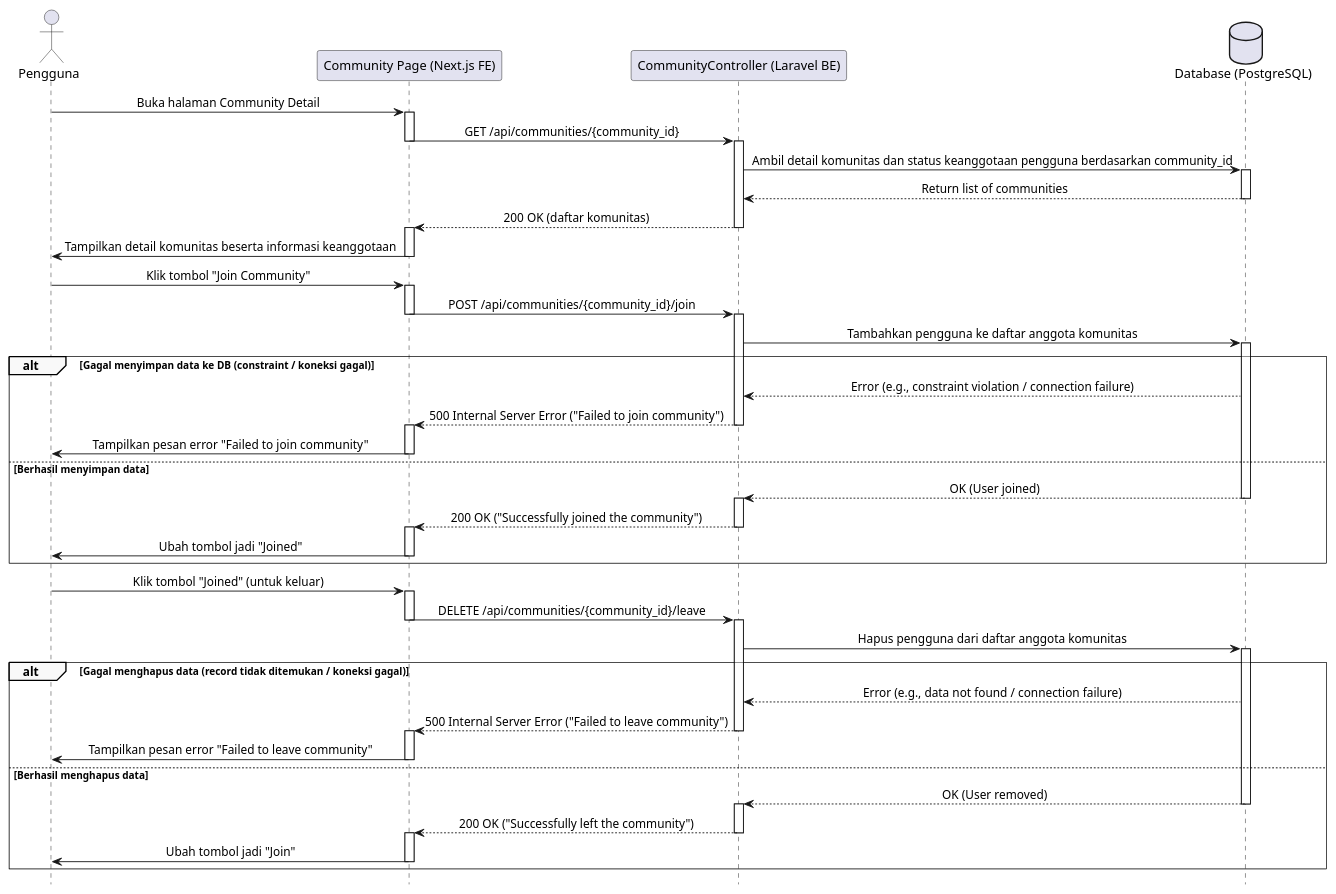
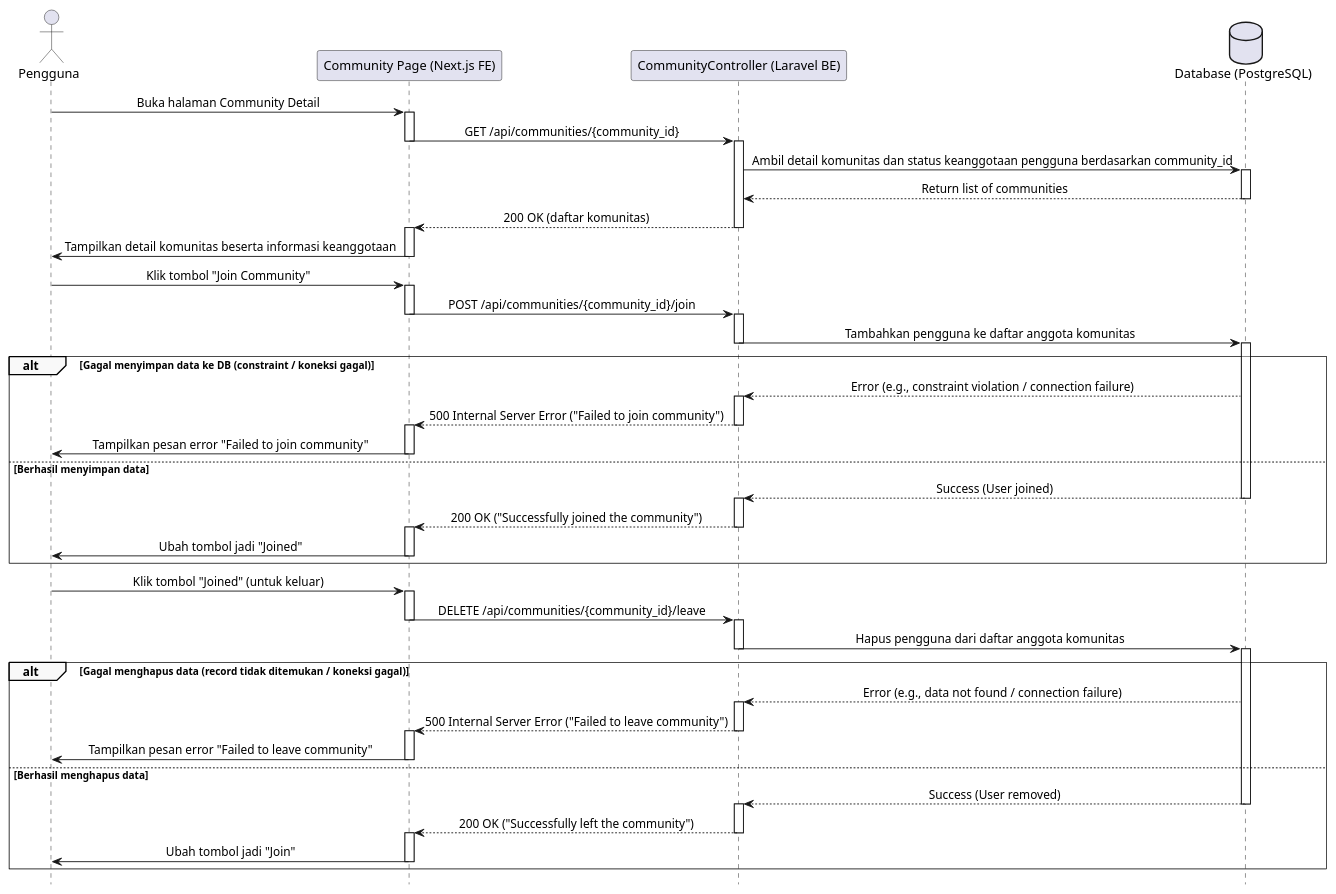
Before and after one commit to fadhel-rizanda/skripsi-plantuml: the diagram in sequence/BergabungKomunitas.plantuml, drawn with PlantUML. The commit also changed 29 other files, not shown here.

```diff
--- a/sequence/BergabungKomunitas.plantuml
+++ b/sequence/BergabungKomunitas.plantuml
@@ -1,92 +1,96 @@
 @startuml
 ' === Styling ===
 skinparam sequence {
     LifelineFooterStrategy none
     MessageAlign center
     ArrowThickness 1
     ParticipantPadding 20
     GroupBorderThickness 0.5
     GroupBackgroundColor #F9F9F9
 }
 hide footbox
 
 ' === Participants ===
 actor "Pengguna" as Pengguna
 participant "Community Page (Next.js FE)" as FE
 participant "CommunityController (Laravel BE)" as BE
 database "Database (PostgreSQL)" as DB
 
 
 ' === Flow 1: Membuka Halaman Komunitas ===
 Pengguna -> FE: Buka halaman Community Detail
 activate FE
 FE -> BE: GET /api/communities/{community_id}
 deactivate FE
 activate BE
 BE -> DB: Ambil detail komunitas dan status keanggotaan pengguna berdasarkan community_id
 activate DB
 DB --> BE: Return list of communities
 deactivate DB
 BE --> FE: 200 OK (daftar komunitas)
 deactivate BE
 activate FE
 FE -> Pengguna: Tampilkan detail komunitas beserta informasi keanggotaan
 deactivate FE
 
 
 ' === Flow 2: Klik Tombol Join ===
 Pengguna -> FE: Klik tombol "Join Community"
 activate FE
 FE -> BE: POST /api/communities/{community_id}/join
 deactivate FE
 activate BE
 BE -> DB: Tambahkan pengguna ke daftar anggota komunitas
+deactivate BE
 activate DB
 
 alt Gagal menyimpan data ke DB (constraint / koneksi gagal)
     DB --> BE: Error (e.g., constraint violation / connection failure)
+    activate BE
     BE --> FE: 500 Internal Server Error ("Failed to join community")
     deactivate BE
     activate FE
     FE -> Pengguna: Tampilkan pesan error "Failed to join community"
     deactivate FE
 else Berhasil menyimpan data
-    DB --> BE: OK (User joined)
+    DB --> BE: Success (User joined)
     deactivate DB
     activate BE
     BE --> FE: 200 OK ("Successfully joined the community")
     deactivate BE
     activate FE
     FE -> Pengguna: Ubah tombol jadi "Joined"
     deactivate FE
 end
 
 
 ' === Flow 3: Klik Tombol Unjoin ===
 Pengguna -> FE: Klik tombol "Joined" (untuk keluar)
 activate FE
 FE -> BE: DELETE /api/communities/{community_id}/leave
 deactivate FE
 activate BE
 BE -> DB: Hapus pengguna dari daftar anggota komunitas
+deactivate BE
 activate DB
 
 alt Gagal menghapus data (record tidak ditemukan / koneksi gagal)
     DB --> BE: Error (e.g., data not found / connection failure)
+    activate BE
     BE --> FE: 500 Internal Server Error ("Failed to leave community")
     deactivate BE
     activate FE
     FE -> Pengguna: Tampilkan pesan error "Failed to leave community"
     deactivate FE
 else Berhasil menghapus data
-    DB --> BE: OK (User removed)
+    DB --> BE: Success (User removed)
     deactivate DB
     activate BE
     BE --> FE: 200 OK ("Successfully left the community")
     deactivate BE
     activate FE
     FE -> Pengguna: Ubah tombol jadi "Join"
     deactivate FE
 end
 
 @enduml
```
